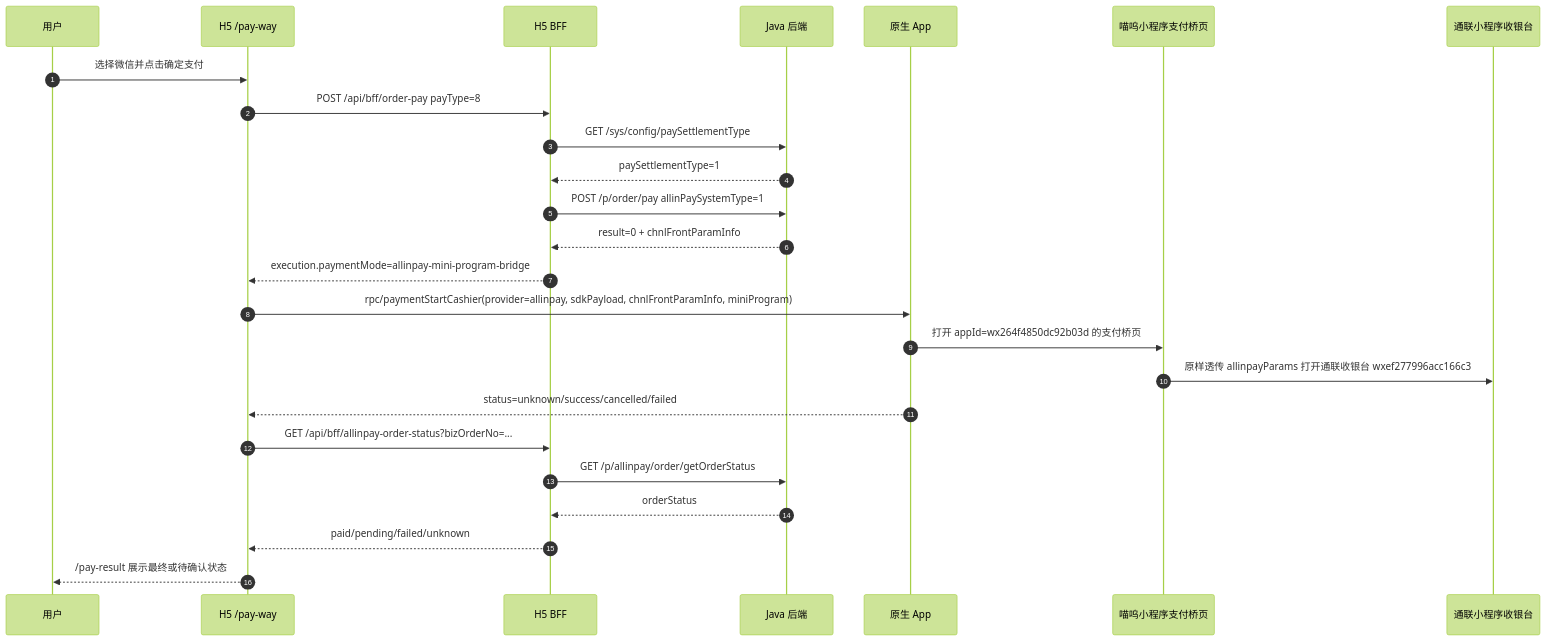
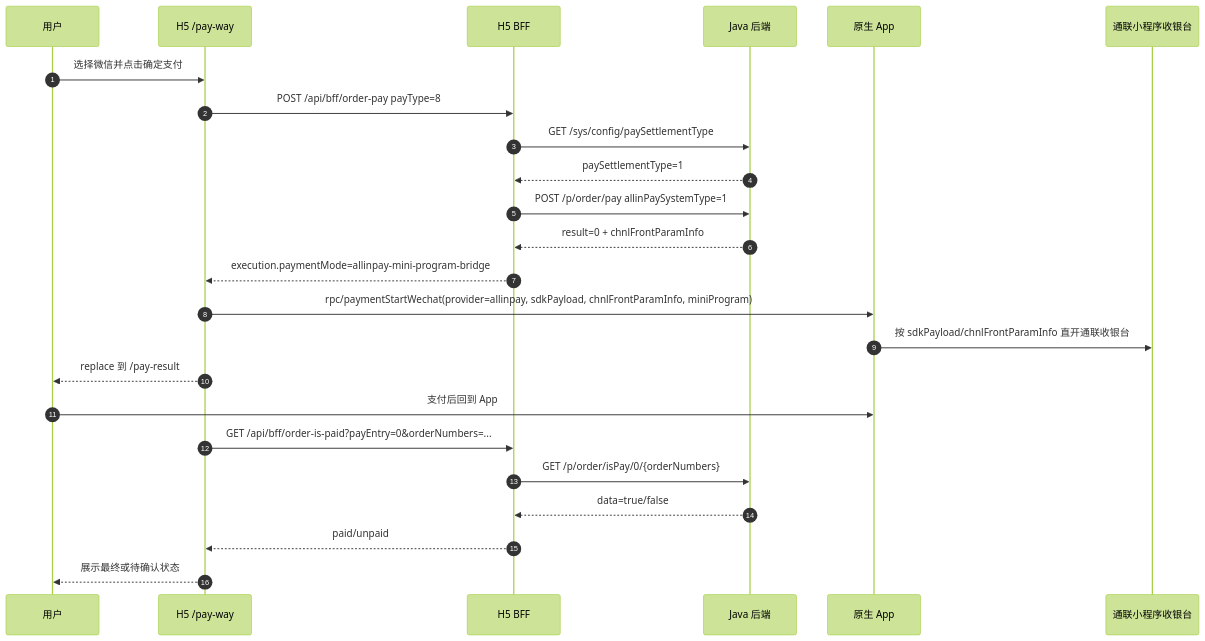
One commit to Tycalwayslove/meu-mall-root changed the diagram in .ai-workspace/integration-briefs/BRIEF-2026-0630-002-h5-allinpay-wechat-native-bridge.md. Above: the diagram before and after it, drawn with Mermaid (forest theme). The commit also changed other lines of this file and 5 other files, not shown here.

````diff
--- a/.ai-workspace/integration-briefs/BRIEF-2026-0630-002-h5-allinpay-wechat-native-bridge.md
+++ b/.ai-workspace/integration-briefs/BRIEF-2026-0630-002-h5-allinpay-wechat-native-bridge.md
@@ -21,28 +21,27 @@
 ```mermaid
 sequenceDiagram
   autonumber
   participant U as 用户
   participant H5 as H5 /pay-way
   participant BFF as H5 BFF
   participant Java as Java 后端
   participant App as 原生 App
-  participant MP as 喵呜小程序支付桥页
   participant TL as 通联小程序收银台
 
   U->>H5: 选择微信并点击确定支付
   H5->>BFF: POST /api/bff/order-pay payType=8
   BFF->>Java: GET /sys/config/paySettlementType
   Java-->>BFF: paySettlementType=1
   BFF->>Java: POST /p/order/pay allinPaySystemType=1
   Java-->>BFF: result=0 + chnlFrontParamInfo
   BFF-->>H5: execution.paymentMode=allinpay-mini-program-bridge
-  H5->>App: rpc/paymentStartCashier(provider=allinpay, sdkPayload, chnlFrontParamInfo, miniProgram)
-  App->>MP: 打开 appId=wx264f4850dc92b03d 的支付桥页
-  MP->>TL: 原样透传 allinpayParams 打开通联收银台 wxef277996acc166c3
-  App-->>H5: status=unknown/success/cancelled/failed
-  H5->>BFF: GET /api/bff/allinpay-order-status?bizOrderNo=...
-  BFF->>Java: GET /p/allinpay/order/getOrderStatus
-  Java-->>BFF: orderStatus
-  BFF-->>H5: paid/pending/failed/unknown
-  H5-->>U: /pay-result 展示最终或待确认状态
+  H5->>App: rpc/paymentStartWechat(provider=allinpay, sdkPayload, chnlFrontParamInfo, miniProgram)
+  App->>TL: 按 sdkPayload/chnlFrontParamInfo 直开通联收银台
+  H5-->>U: replace 到 /pay-result
+  U->>App: 支付后回到 App
+  H5->>BFF: GET /api/bff/order-is-paid?payEntry=0&orderNumbers=...
+  BFF->>Java: GET /p/order/isPay/0/{orderNumbers}
+  Java-->>BFF: data=true/false
+  BFF-->>H5: paid/unpaid
+  H5-->>U: 展示最终或待确认状态
 ```
````
